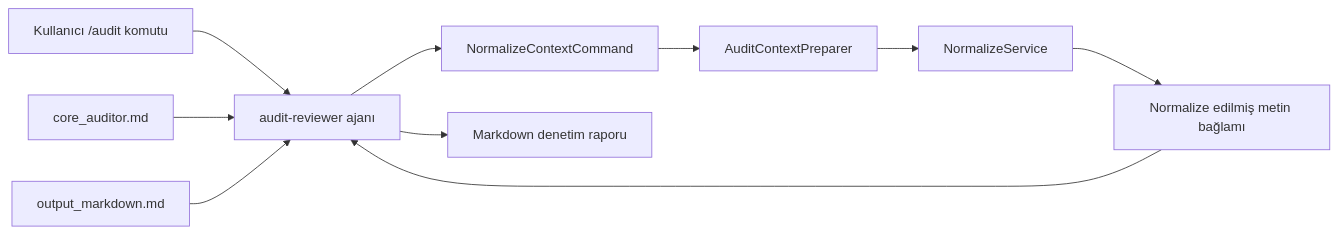
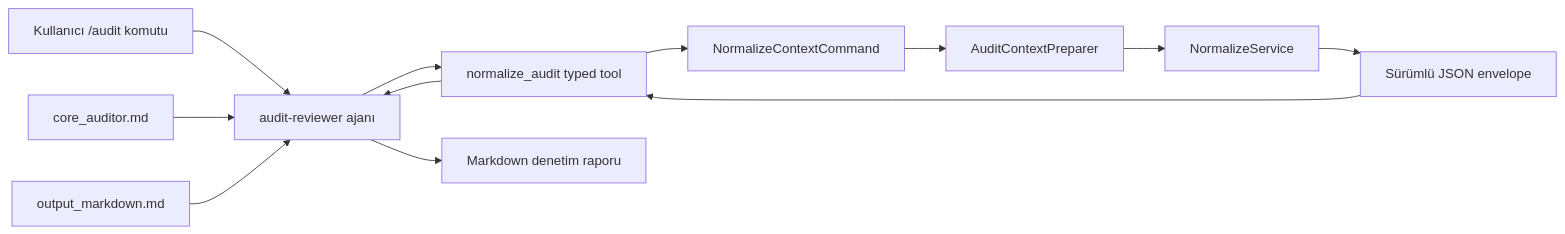
One commit to yusufduman78/Ai-Audit-Tool changed the third of 4 diagrams in docs/architecture/guncel_sistem_mimarisi.md. Above: the diagram before and after it, drawn with Mermaid. The commit also changed other lines of this file and 14 other files, not shown here.

````diff
--- a/docs/architecture/guncel_sistem_mimarisi.md
+++ b/docs/architecture/guncel_sistem_mimarisi.md
@@ -171,12 +171,14 @@
 ```mermaid
 flowchart LR
     A["Kullanıcı /audit komutu"] --> B["audit-reviewer ajanı"]
-    B --> C["NormalizeContextCommand"]
-    C --> D["AuditContextPreparer"]
-    D --> E["NormalizeService"]
-    E --> F["Normalize edilmiş metin bağlamı"]
-    F --> B
-    G["core_auditor.md"] --> B
-    H["output_markdown.md"] --> B
-    B --> I["Markdown denetim raporu"]
+    B --> C["normalize_audit typed tool"]
+    C --> D["NormalizeContextCommand"]
+    D --> E["AuditContextPreparer"]
+    E --> F["NormalizeService"]
+    F --> G["Sürümlü JSON envelope"]
+    G --> C
+    C --> B
+    H["core_auditor.md"] --> B
+    I["output_markdown.md"] --> B
+    B --> J["Markdown denetim raporu"]
 ```
````
